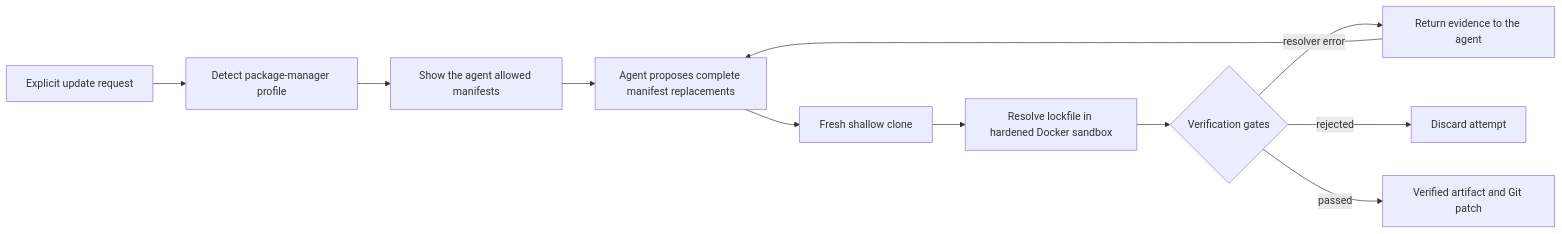
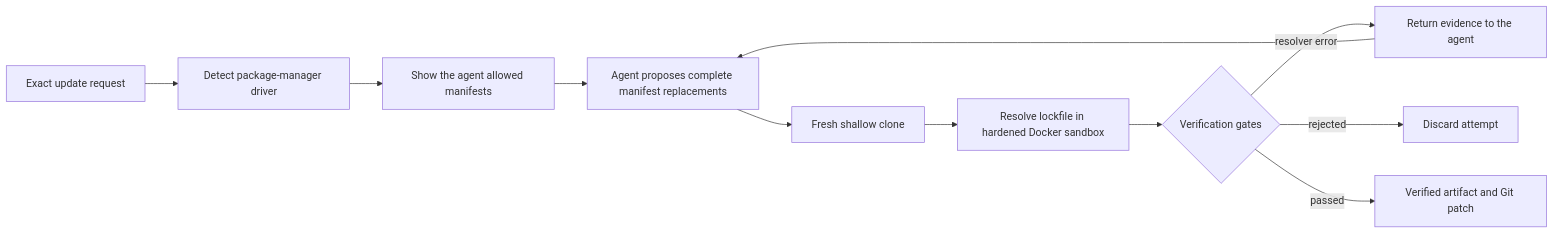
The diagram in README.md (Pirikara/bumpire), drawn with Mermaid before and after one commit. The commit also changed other lines of this file and 21 other files, not shown here.

````diff
--- a/README.md
+++ b/README.md
@@ -57,13 +57,13 @@
 ```mermaid
 flowchart LR
-    A[Explicit update request] --> B[Detect package-manager profile]
+    A[Exact update request] --> B[Detect package-manager driver]
     B --> C[Show the agent allowed manifests]
     C --> D[Agent proposes complete manifest replacements]
     D --> E[Fresh shallow clone]
     E --> F[Resolve lockfile in hardened Docker sandbox]
     F --> G{Verification gates}
     G -- resolver error --> H[Return evidence to the agent]
     H --> D
     G -- rejected --> X[Discard attempt]
     G -- passed --> I[Verified artifact and Git patch]
 ```
````
